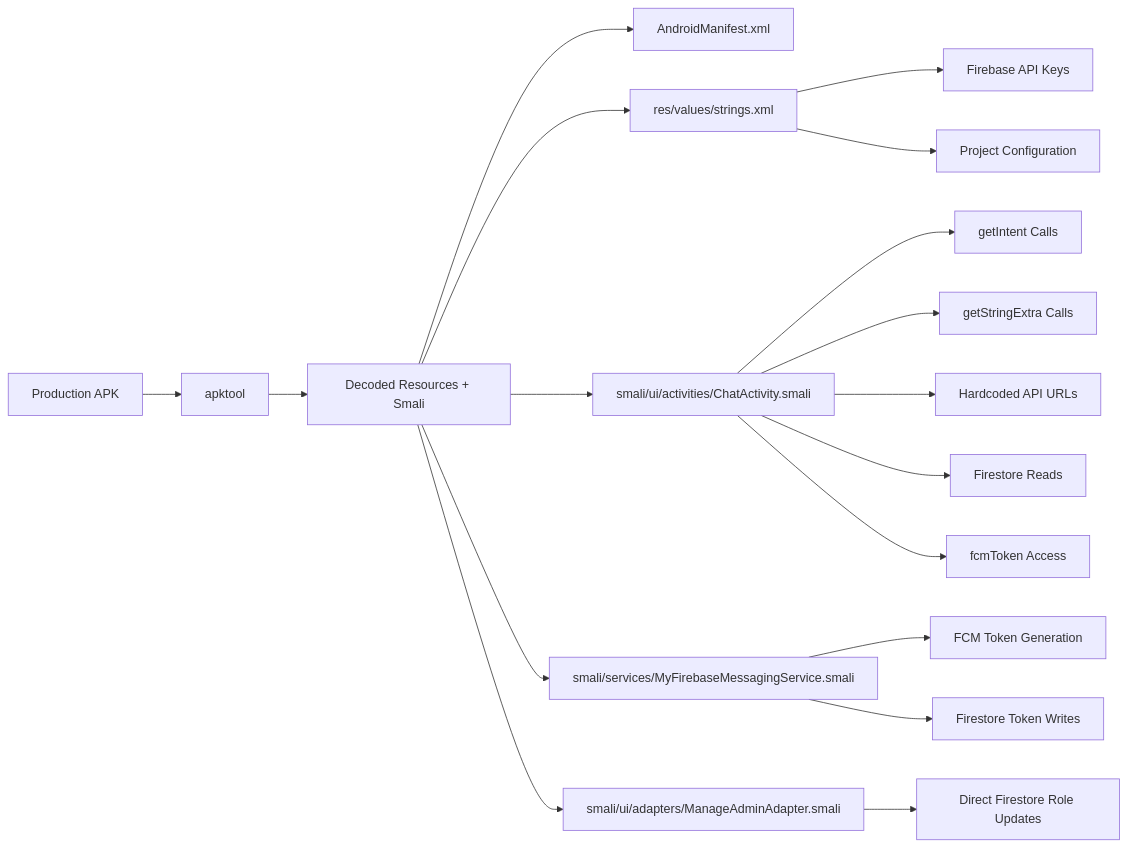
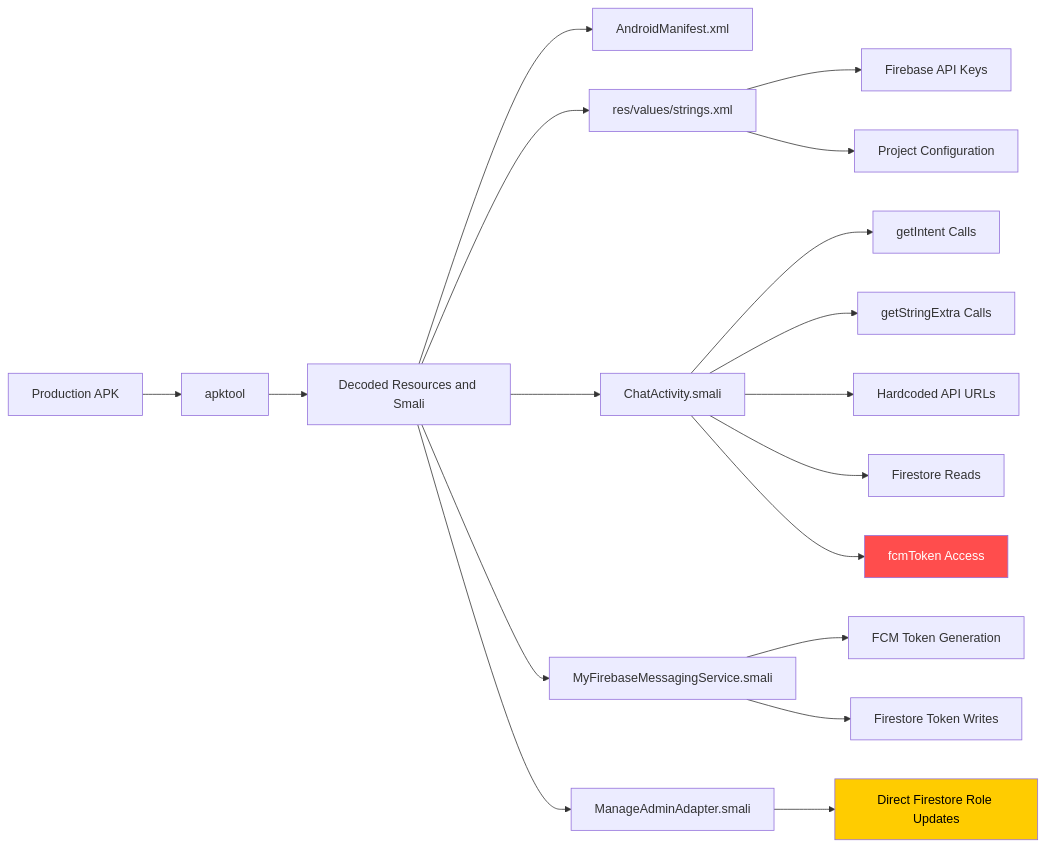
Before and after one commit to riteshekbote/FirebaseNotificationHijack: the second of 7 diagrams in README.md, drawn with Mermaid. The commit also changed other lines of this file, not shown here.

````diff
--- a/README.md
+++ b/README.md
@@ -652,27 +653,30 @@
 ```mermaid
 flowchart LR
 
-A[Production APK]
---> B[apktool]
---> C[Decoded Resources + Smali]
+A["Production APK"]
+--> B["apktool"]
+--> C["Decoded Resources and Smali"]
 
-C --> D[AndroidManifest.xml]
-C --> E[res/values/strings.xml]
-C --> F[smali/ui/activities/ChatActivity.smali]
-C --> G[smali/services/MyFirebaseMessagingService.smali]
-C --> H[smali/ui/adapters/ManageAdminAdapter.smali]
+C --> D["AndroidManifest.xml"]
+C --> E["res/values/strings.xml"]
+C --> F["ChatActivity.smali"]
+C --> G["MyFirebaseMessagingService.smali"]
+C --> H["ManageAdminAdapter.smali"]
 
-E --> I[Firebase API Keys]
-E --> J[Project Configuration]
+E --> I["Firebase API Keys"]
+E --> J["Project Configuration"]
 
-F --> K[getIntent Calls]
-F --> L[getStringExtra Calls]
-F --> M[Hardcoded API URLs]
-F --> N[Firestore Reads]
-F --> O[fcmToken Access]
+F --> K["getIntent Calls"]
+F --> L["getStringExtra Calls"]
+F --> M["Hardcoded API URLs"]
+F --> N["Firestore Reads"]
+F --> O["fcmToken Access"]
 
-G --> P[FCM Token Generation]
-G --> Q[Firestore Token Writes]
+G --> P["FCM Token Generation"]
+G --> Q["Firestore Token Writes"]
 
-H --> R[Direct Firestore Role Updates]
+H --> R["Direct Firestore Role Updates"]
+
+style O fill:#ff4d4d,color:#ffffff
+style R fill:#ffcc00,color:#000000
 ```
````
